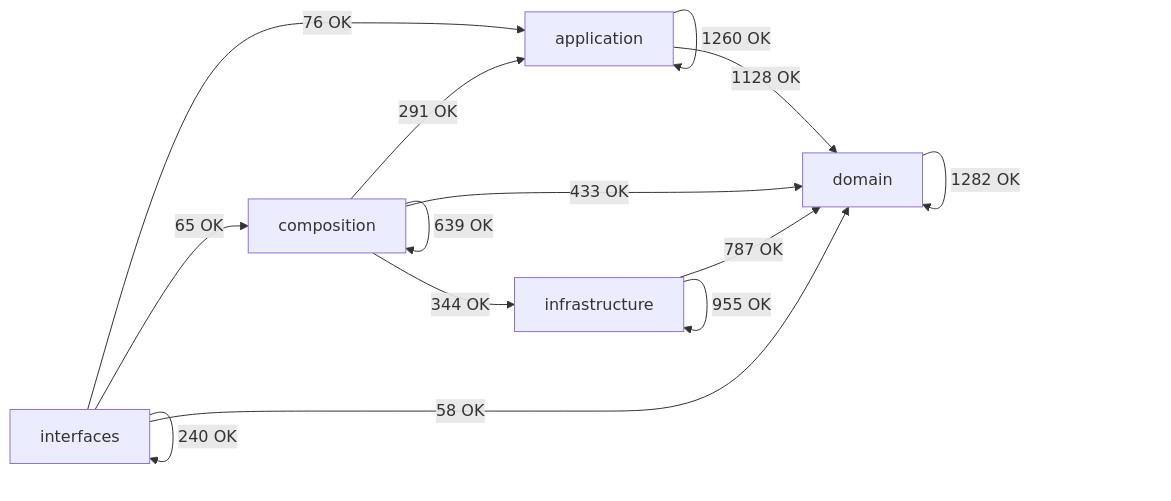
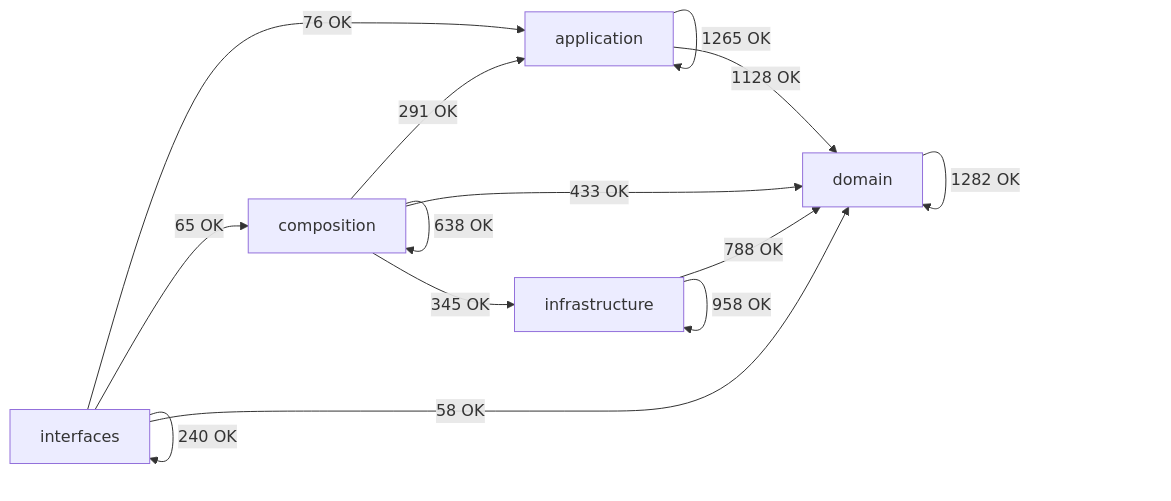
One commit to SatoryKono/BioactivityDataAcquisition changed the diagram in docs/02-architecture/generated/module-dependency-map.md. Above: the diagram before and after it, drawn with Mermaid. The commit also changed other lines of this file and 51 other files, not shown here.

````diff
--- a/docs/02-architecture/generated/module-dependency-map.md
+++ b/docs/02-architecture/generated/module-dependency-map.md
@@ -17,21 +17,21 @@
 ```mermaid
 flowchart LR
     domain[domain]
     application[application]
     infrastructure[infrastructure]
     composition[composition]
     interfaces[interfaces]
-    application -->|1260 OK| application
+    application -->|1265 OK| application
     application -->|1128 OK| domain
     composition -->|291 OK| application
-    composition -->|639 OK| composition
+    composition -->|638 OK| composition
     composition -->|433 OK| domain
-    composition -->|344 OK| infrastructure
+    composition -->|345 OK| infrastructure
     domain -->|1282 OK| domain
-    infrastructure -->|787 OK| domain
-    infrastructure -->|955 OK| infrastructure
+    infrastructure -->|788 OK| domain
+    infrastructure -->|958 OK| infrastructure
     interfaces -->|76 OK| application
     interfaces -->|65 OK| composition
     interfaces -->|58 OK| domain
     interfaces -->|240 OK| interfaces
 ```
````
